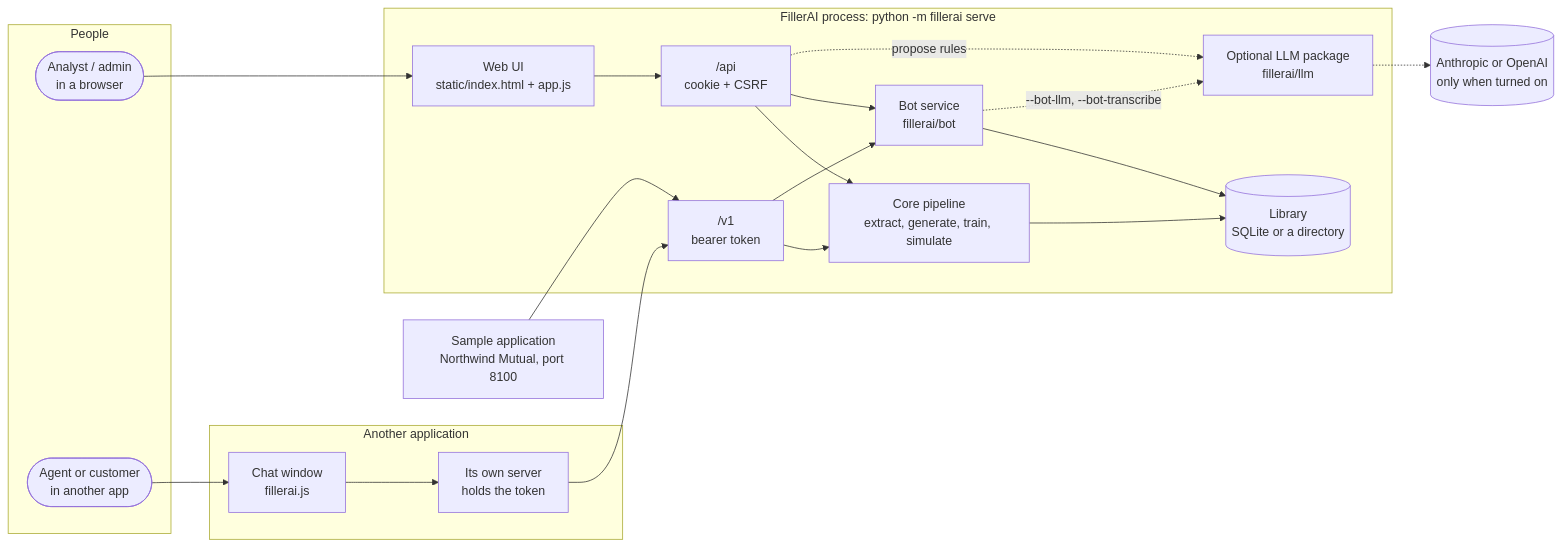
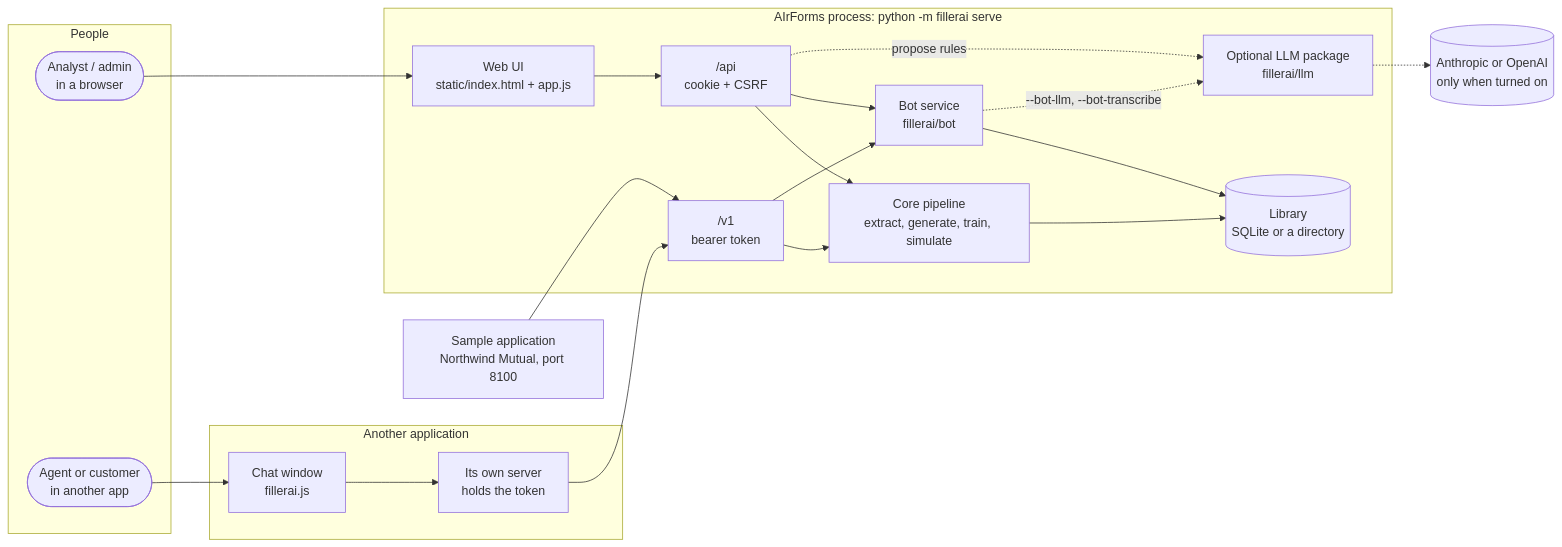
Before and after one commit to nelait/FillerAI: the first of 3 diagrams in docs/overview.md, drawn with Mermaid. The commit also changed other lines of this file and 62 other files, not shown here.

First line of the commit message:
Rebrand as AIrForms and give the UI a professional look

````diff
--- a/docs/overview.md
+++ b/docs/overview.md
@@ -50,38 +50,38 @@
 ```mermaid
 flowchart LR
     subgraph people[People]
         analyst([Analyst / admin<br/>in a browser])
         agent([Agent or customer<br/>in another app])
     end
 
-    subgraph fillerai[FillerAI process: python -m fillerai serve]
+    subgraph fillerai[AIrForms process: python -m fillerai serve]
         ui[Web UI<br/>static/index.html + app.js]
         api["/api<br/>cookie + CSRF"]
         v1["/v1<br/>bearer token"]
         core[Core pipeline<br/>extract, generate, train, simulate]
         bot[Bot service<br/>fillerai/bot]
         lib[(Library<br/>SQLite or a directory)]
         llm[Optional LLM package<br/>fillerai/llm]
     end
 
     subgraph host[Another application]
         hostapp[Its own server<br/>holds the token]
         chat[Chat window<br/>fillerai.js]
     end
 
     sample[Sample application<br/>Northwind Mutual, port 8100]
     provider[(Anthropic or OpenAI<br/>only when turned on)]
 
     analyst --> ui --> api
     api --> core
     api --> bot
     agent --> chat --> hostapp --> v1
     sample --> v1
     v1 --> core
     v1 --> bot
     core --> lib
     bot --> lib
     api -.->|propose rules| llm
     bot -.->|"--bot-llm, --bot-transcribe"| llm
     llm -.-> provider
 ```
````
